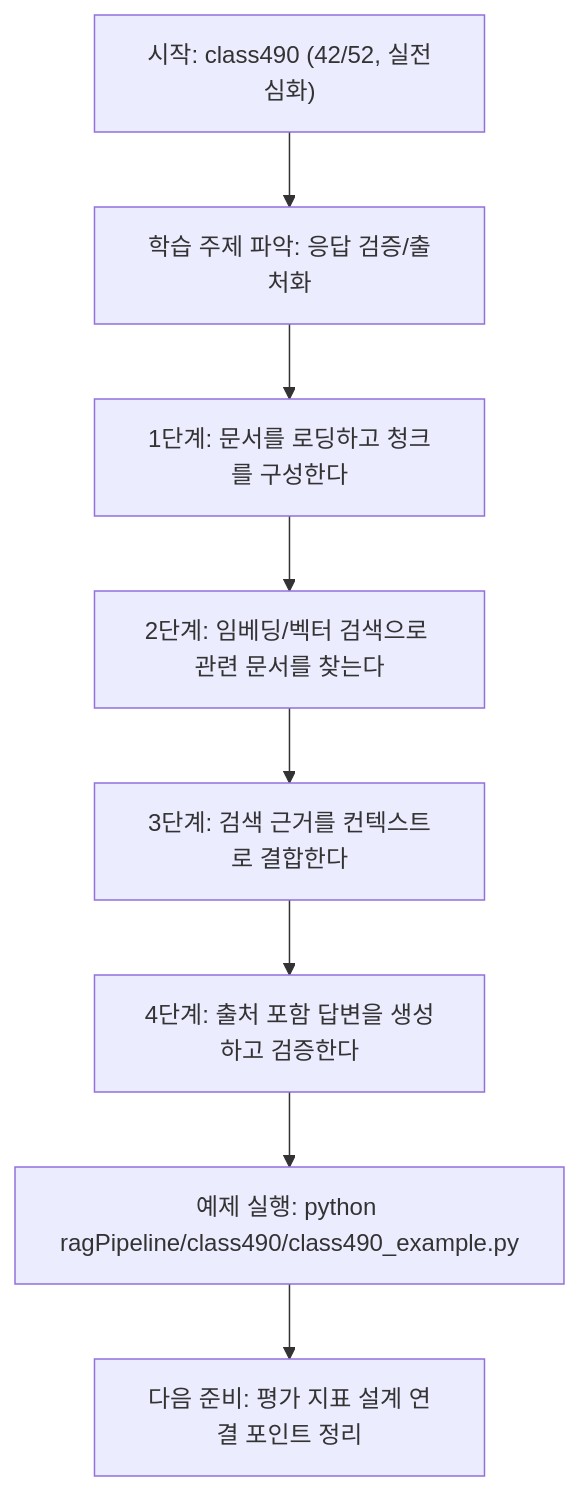
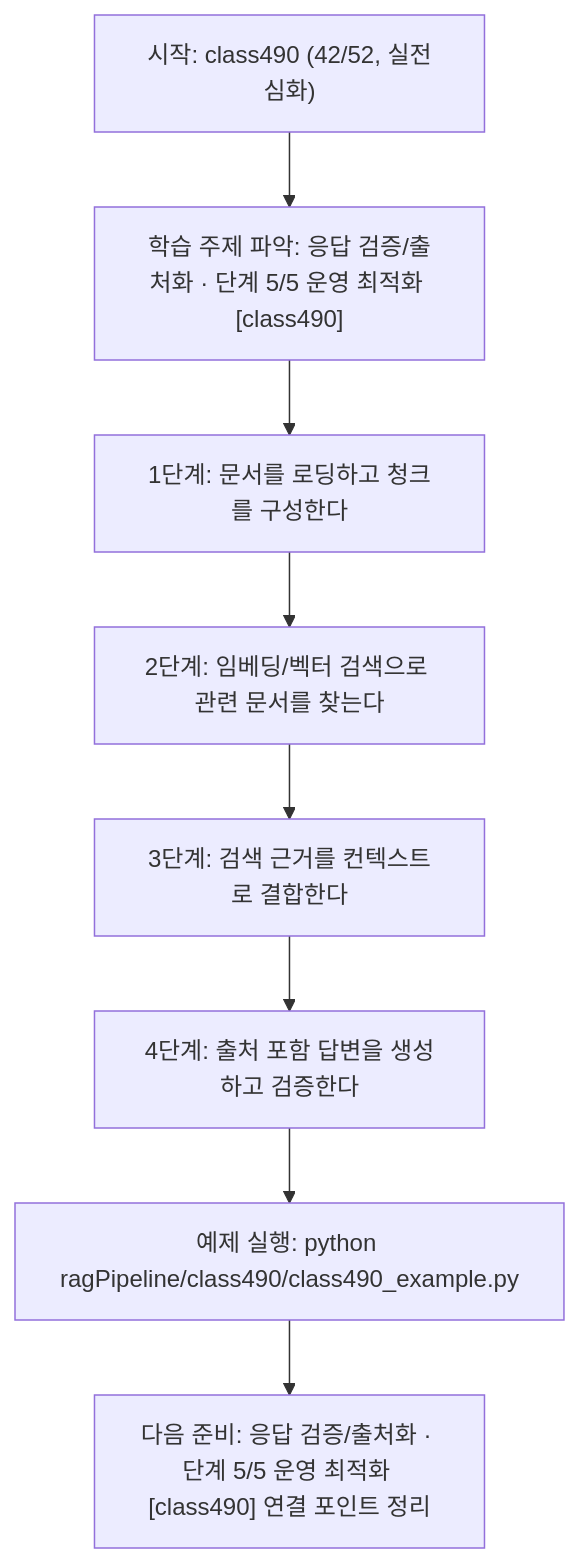
Before and after one commit to edumgt/Python-AI_Agent-Class: the diagram in ragPipeline/class490/class490.md, drawn with Mermaid. The commit also changed other lines of this file and 522 other files, not shown here.

````diff
--- a/ragPipeline/class490/class490.md
+++ b/ragPipeline/class490/class490.md
@@ -110,18 +111,18 @@
 ```mermaid
 flowchart TD
 N1["시작: class490 (42/52, 실전심화)"]
-N2["학습 주제 파악: 응답 검증/출처화"]
+N2["학습 주제 파악: 응답 검증/출처화 · 단계 5/5 운영 최적화 [class490]"]
 N3["1단계: 문서를 로딩하고 청크를 구성한다"]
 N4["2단계: 임베딩/벡터 검색으로 관련 문서를 찾는다"]
 N5["3단계: 검색 근거를 컨텍스트로 결합한다"]
 N6["4단계: 출처 포함 답변을 생성하고 검증한다"]
 N7["예제 실행: python ragPipeline/class490/class490_example.py"]
-N8["다음 준비: 평가 지표 설계 연결 포인트 정리"]
+N8["다음 준비: 응답 검증/출처화 · 단계 5/5 운영 최적화 [class490] 연결 포인트 정리"]
 N1 --> N2
 N2 --> N3
 N3 --> N4
 N4 --> N5
 N5 --> N6
 N6 --> N7
 N7 --> N8
 ```
````
